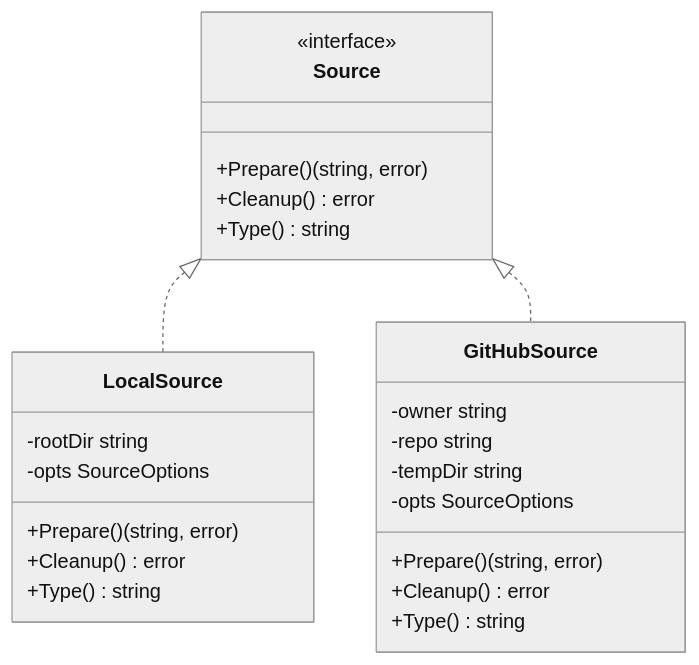
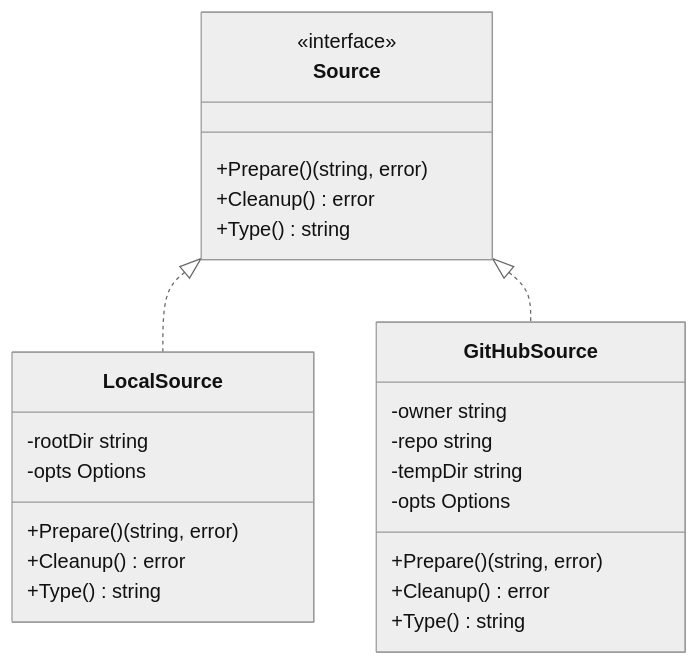
The fourth of 6 diagrams in docs/ARCHITECTURE.md (yeasy/mdPress), drawn with Mermaid (neutral theme) before and after one commit. The commit also changed other lines of this file and 4 other files, not shown here.

````diff
--- a/docs/ARCHITECTURE.md
+++ b/docs/ARCHITECTURE.md
@@ -503,30 +503,30 @@
 ```mermaid
 classDiagram
     class Source {
         <<interface>>
         +Prepare() (string, error)
         +Cleanup() error
         +Type() string
     }
 
     class LocalSource {
         -rootDir string
-        -opts SourceOptions
+        -opts Options
         +Prepare() (string, error)
         +Cleanup() error
         +Type() string
     }
 
     class GitHubSource {
         -owner string
         -repo string
         -tempDir string
-        -opts SourceOptions
+        -opts Options
         +Prepare() (string, error)
         +Cleanup() error
         +Type() string
     }
 
     Source <|.. LocalSource
     Source <|.. GitHubSource
 ```
````
